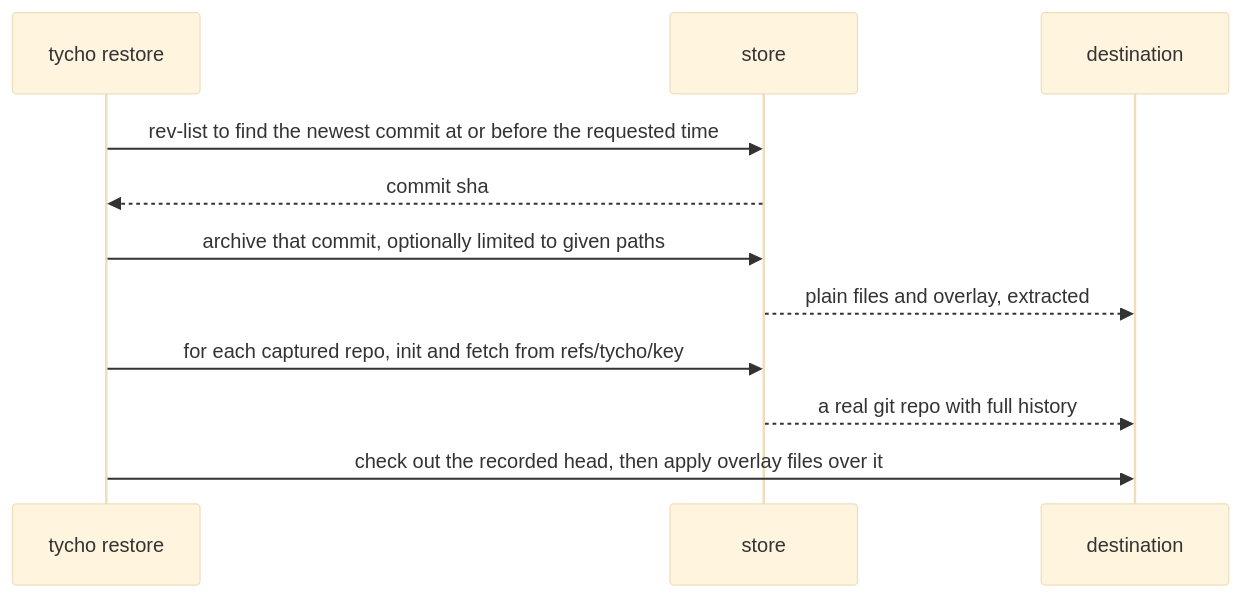
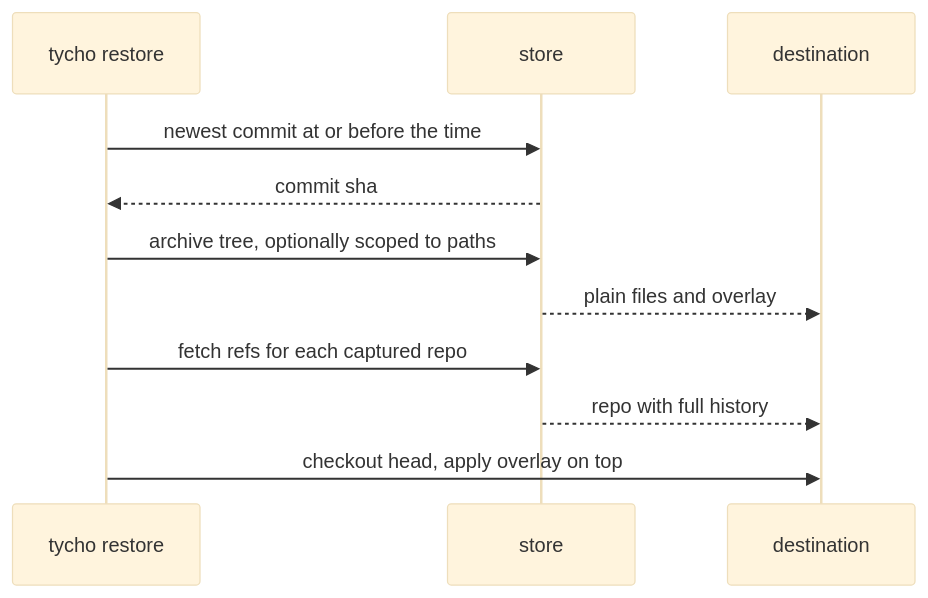
Before and after one commit to CoreEngineX/tycho: the second of 2 diagrams in docs/architecture/store.md, drawn with Mermaid (base theme). The commit also changed other lines of this file and 6 other files, not shown here.

First line of the commit message:
Make the diagrams readable

````diff
--- a/docs/architecture/store.md
+++ b/docs/architecture/store.md
@@ -181,13 +185,13 @@
 ```mermaid
 sequenceDiagram
   participant U as tycho restore
   participant S as store
   participant D as destination
-  U->>S: rev-list to find the newest commit at or before the requested time
+  U->>S: newest commit at or before the time
   S-->>U: commit sha
-  U->>S: archive that commit, optionally limited to given paths
-  S-->>D: plain files and overlay, extracted
-  U->>S: for each captured repo, init and fetch from refs/tycho/key
-  S-->>D: a real git repo with full history
-  U->>D: check out the recorded head, then apply overlay files over it
+  U->>S: archive tree, optionally scoped to paths
+  S-->>D: plain files and overlay
+  U->>S: fetch refs for each captured repo
+  S-->>D: repo with full history
+  U->>D: checkout head, apply overlay on top
 ```
````
